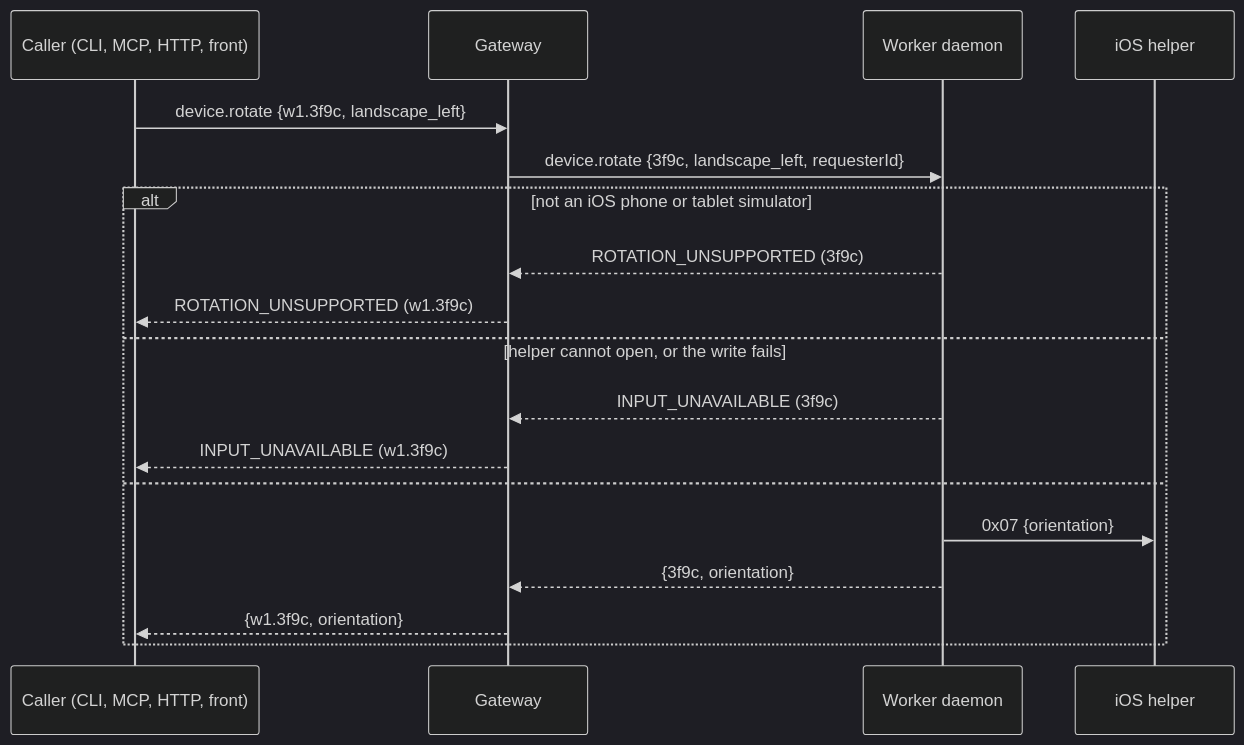
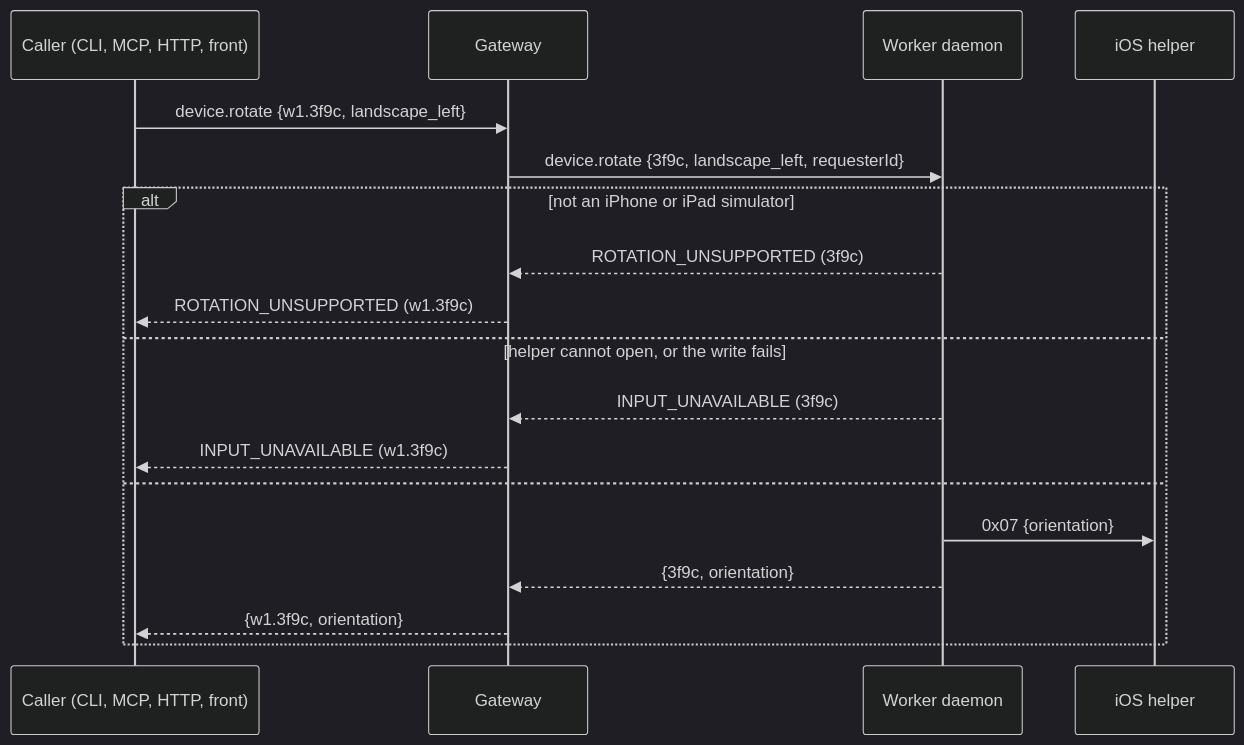
The second of 2 diagrams in docs/internal/adr/0053-the-daemon-owns-each-leases-device-input.md (callstackincubator/simlock), drawn with Mermaid (dark theme) before and after one commit. The commit also changed other lines of this file, not shown here.

````diff
--- a/docs/internal/adr/0053-the-daemon-owns-each-leases-device-input.md
+++ b/docs/internal/adr/0053-the-daemon-owns-each-leases-device-input.md
@@ -74,20 +75,20 @@
 ```mermaid
 sequenceDiagram
   participant C as Caller (CLI, MCP, HTTP, front)
   participant G as Gateway
   participant W as Worker daemon
   participant H as iOS helper
   C->>G: device.rotate {w1.3f9c, landscape_left}
   G->>W: device.rotate {3f9c, landscape_left, requesterId}
-  alt not an iOS phone or tablet simulator
+  alt not an iPhone or iPad simulator
     W-->>G: ROTATION_UNSUPPORTED (3f9c)
     G-->>C: ROTATION_UNSUPPORTED (w1.3f9c)
   else helper cannot open, or the write fails
     W-->>G: INPUT_UNAVAILABLE (3f9c)
     G-->>C: INPUT_UNAVAILABLE (w1.3f9c)
   else
     W->>H: 0x07 {orientation}
     W-->>G: {3f9c, orientation}
     G-->>C: {w1.3f9c, orientation}
   end
 ```
````
